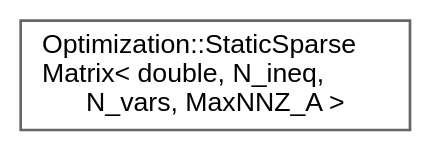
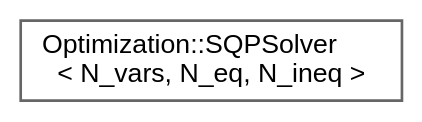
Before and after one commit to jswoo0615/Algorithms_for_Optimization_cpp: the diagram in inherit_graph_64.dot, drawn with Graphviz. The commit also changed 137 other files, not shown here.

```diff
--- a/inherit_graph_64.dot
+++ b/inherit_graph_64.dot
@@ -1,9 +1,9 @@
 digraph "Graphical Class Hierarchy"
 {
  // LATEX_PDF_SIZE
   bgcolor="transparent";
   edge [fontname=Helvetica,fontsize=10,labelfontname=Helvetica,labelfontsize=10];
   node [fontname=Helvetica,fontsize=10,shape=box,height=0.2,width=0.4];
   rankdir="LR";
-  Node0 [id="Node000000",label="Optimization::StaticSparse\lMatrix\< double, N_ineq,\l N_vars, MaxNNZ_A \>",height=0.2,width=0.4,color="grey40", fillcolor="white", style="filled",URL="$classOptimization_1_1StaticSparseMatrix.html",tooltip=" "];
+  Node0 [id="Node000000",label="Optimization::SQPSolver\l\< N_vars, N_eq, N_ineq \>",height=0.2,width=0.4,color="grey40", fillcolor="white", style="filled",URL="$classOptimization_1_1SQPSolver.html",tooltip="SQPSolver 클래스"];
 }
```
